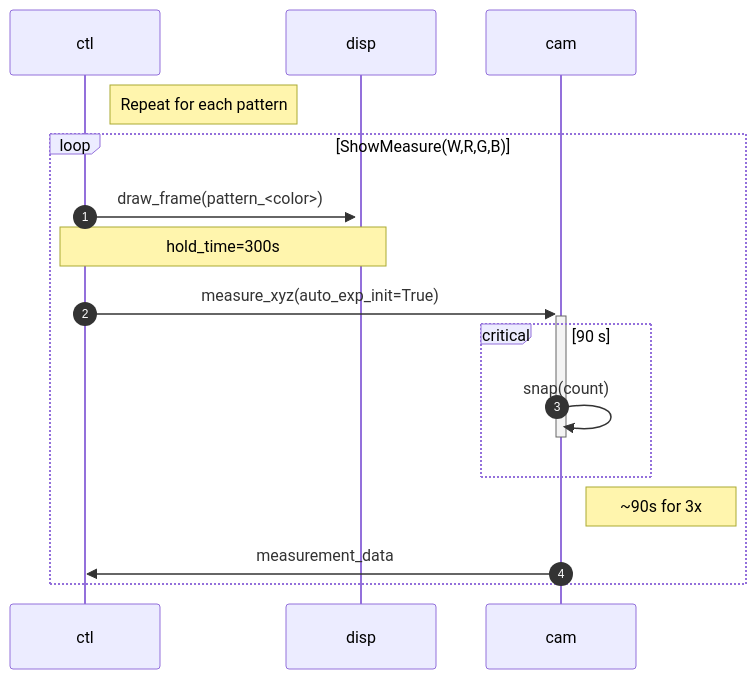
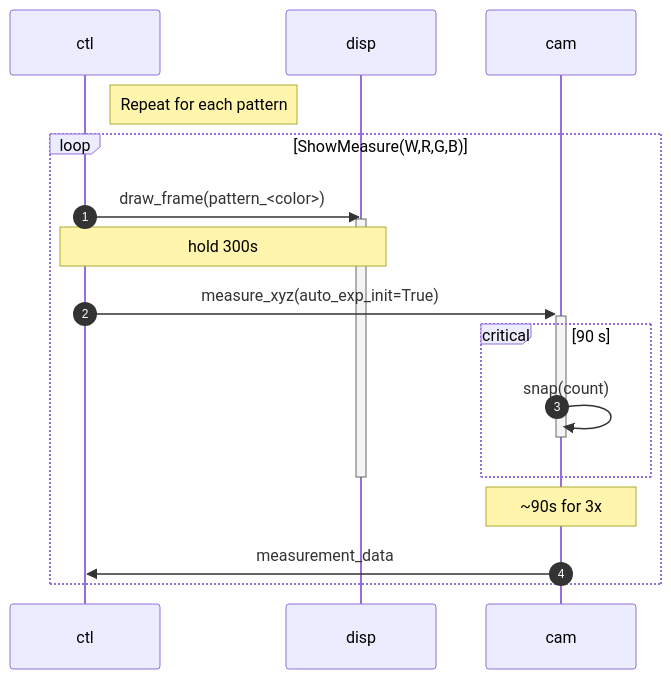
The diagram in docs/shorts/sequence_diagrams.md (paretech/docs), drawn with Mermaid before and after one commit. The commit also changed other lines of this file, not shown here.

````diff
--- a/docs/shorts/sequence_diagrams.md
+++ b/docs/shorts/sequence_diagrams.md
@@ -5,21 +5,23 @@
 ```mermaid
 sequenceDiagram
 autonumber
 
 participant ctl 
 participant disp
 participant cam
  
 
 note right of ctl: Repeat for each pattern
 loop ShowMeasure(W,R,G,B)
-  ctl->>+disp: draw_frame(pattern_<color>)
-  note over ctl,disp: hold_time=300s
+  ctl->>disp: draw_frame(pattern_<color>)
+  activate disp
+  note over ctl,disp: hold 300s
   ctl->>+cam: measure_xyz(auto_exp_init=True)
   critical 90 s
     cam->>-cam: snap(count)
   end
-  note right of cam: ~90s for 3x
+  deactivate disp
+  note over cam: ~90s for 3x
 cam->>ctl: measurement_data
 end
 ```
````
